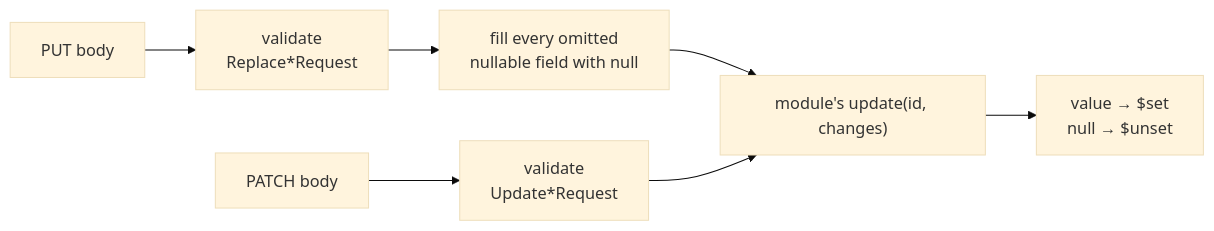
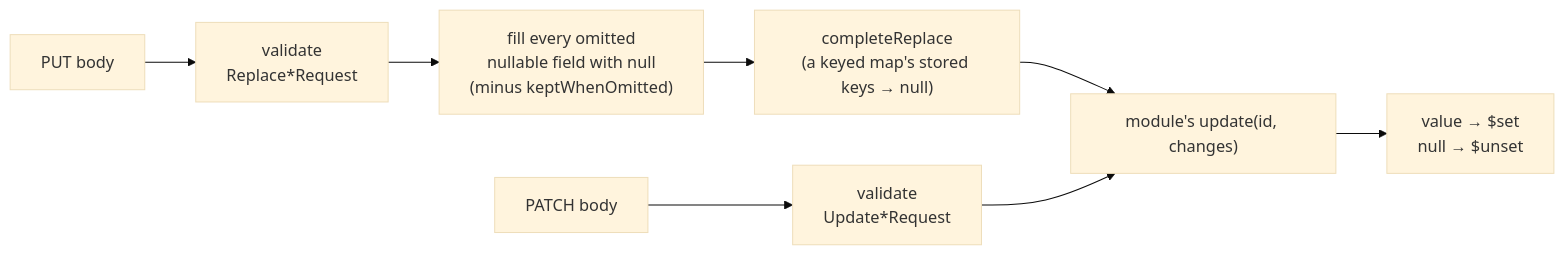
The third of 3 diagrams in docs/theory/request-flow.md (Guebbit/boilerplate-node-backend), drawn with Mermaid (base theme) before and after one commit. The commit also changed other lines of this file and 6 other files, not shown here.

````diff
--- a/docs/theory/request-flow.md
+++ b/docs/theory/request-flow.md
@@ -202,6 +205,6 @@
 ```mermaid
 flowchart LR
-    P["PUT body"] --> VR["validate<br/>Replace*Request"] --> F["fill every omitted<br/>nullable field with null"] --> U
+    P["PUT body"] --> VR["validate<br/>Replace*Request"] --> F["fill every omitted<br/>nullable field with null<br/>(minus keptWhenOmitted)"] --> C["completeReplace<br/>(a keyed map's stored keys → null)"] --> U
     M["PATCH body"] --> VP["validate<br/>Update*Request"] --> U["module's update(id, changes)"]
     U --> S["value → $set<br/>null → $unset"]
 ```
````
